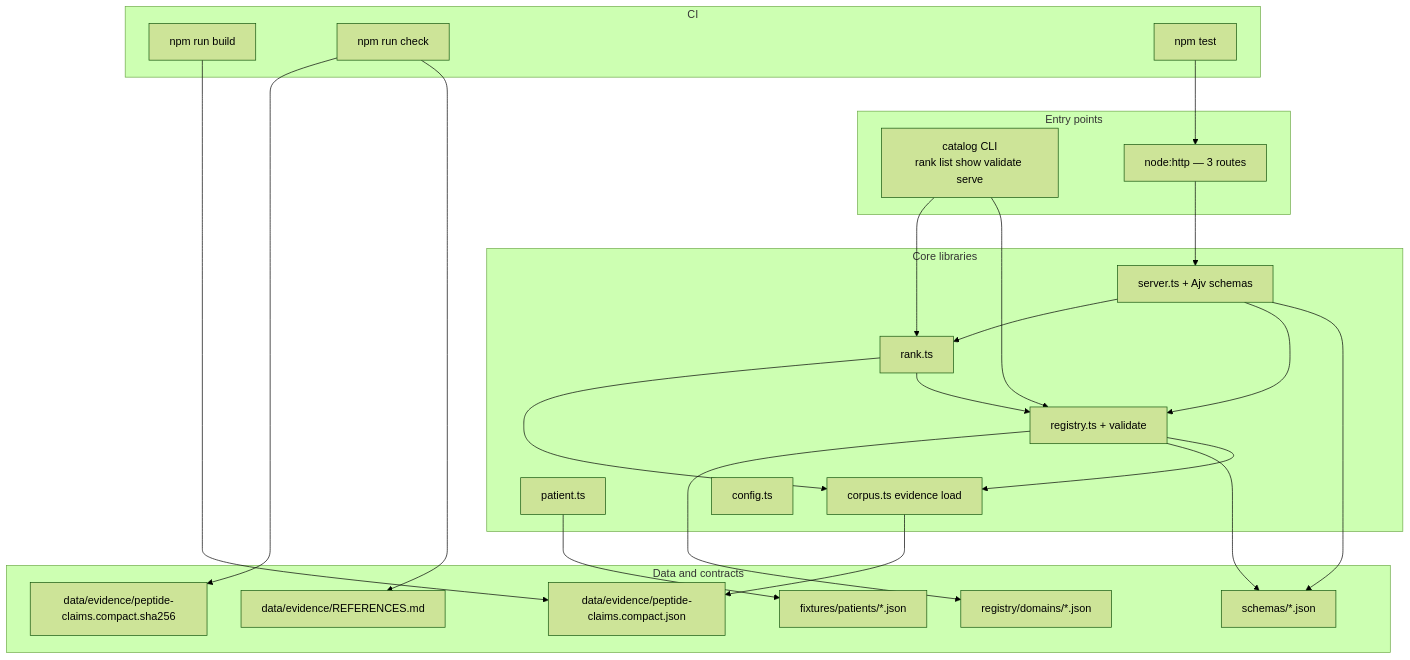
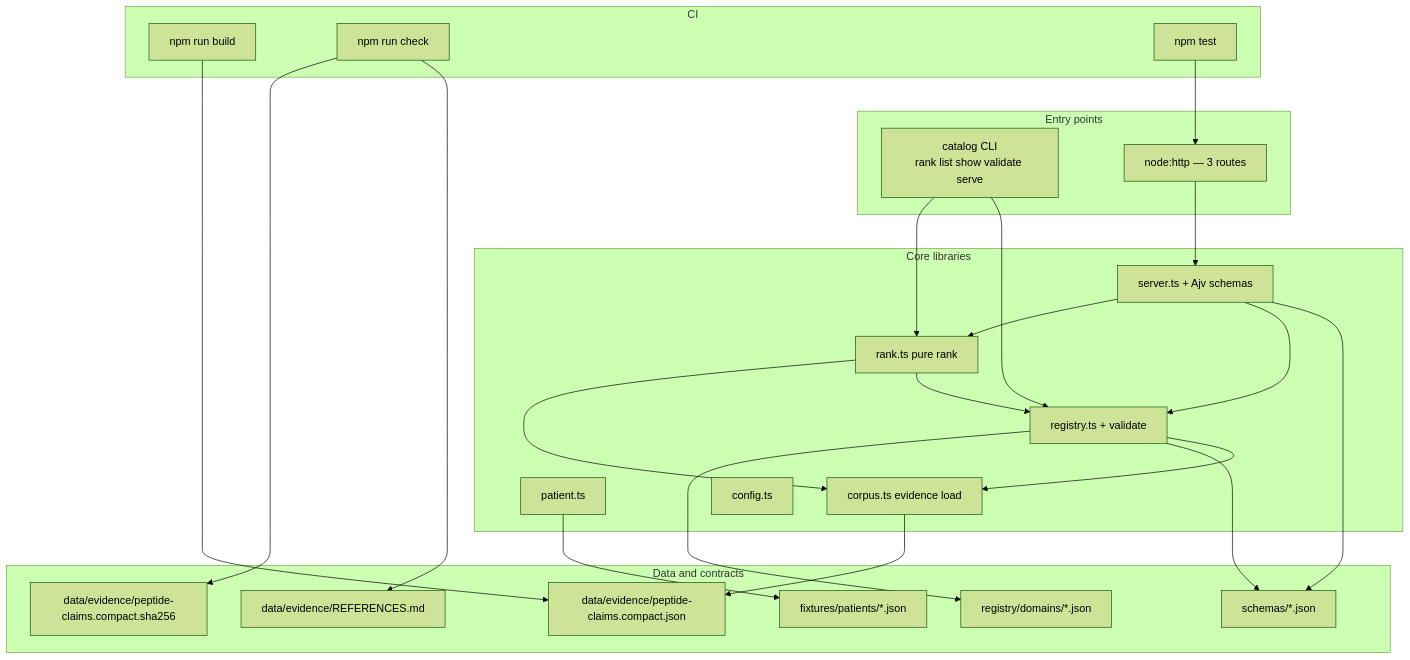
Before and after one commit to wetware-hq/catalog: the diagram in docs/architecture.mermaid, drawn with Mermaid (forest theme). The commit also changed 22 other files, not shown here.

First line of the commit message:
Pure rank(), golden/property tests, gitoid evidence pin

```diff
--- a/docs/architecture.mermaid
+++ b/docs/architecture.mermaid
@@ -1,47 +1,47 @@
 flowchart TB
   subgraph entry [Entry points]
     CLI[catalog CLI\nrank list show validate serve]
     HTTP[node:http — 3 routes]
   end
 
   subgraph core [Core libraries]
-    RANK[rank.ts]
+    RANK[rank.ts pure rank]
     REG[registry.ts + validate]
     PAT[patient.ts]
     CORP[corpus.ts evidence load]
     CFG[config.ts]
     SRV[server.ts + Ajv schemas]
   end
 
   subgraph data [Data and contracts]
     REGJSON[registry/domains/*.json]
     SCHEMAS[schemas/*.json]
     EVID[data/evidence/peptide-claims.compact.json]
     SHA[data/evidence/peptide-claims.compact.sha256]
     REFS[data/evidence/REFERENCES.md]
     FIX[fixtures/patients/*.json]
   end
 
   subgraph ci [CI]
     BUILD[npm run build]
     CHK[npm run check]
     TST[npm test]
   end
 
   CLI --> RANK
   CLI --> REG
   HTTP --> SRV
   SRV --> RANK
   SRV --> REG
   SRV --> SCHEMAS
   RANK --> CORP
   RANK --> REG
   REG --> REGJSON
   REG --> SCHEMAS
   REG --> CORP
   PAT --> FIX
   CORP --> EVID
   BUILD --> EVID
   CHK --> SHA
   CHK --> REFS
   TST --> HTTP
```
